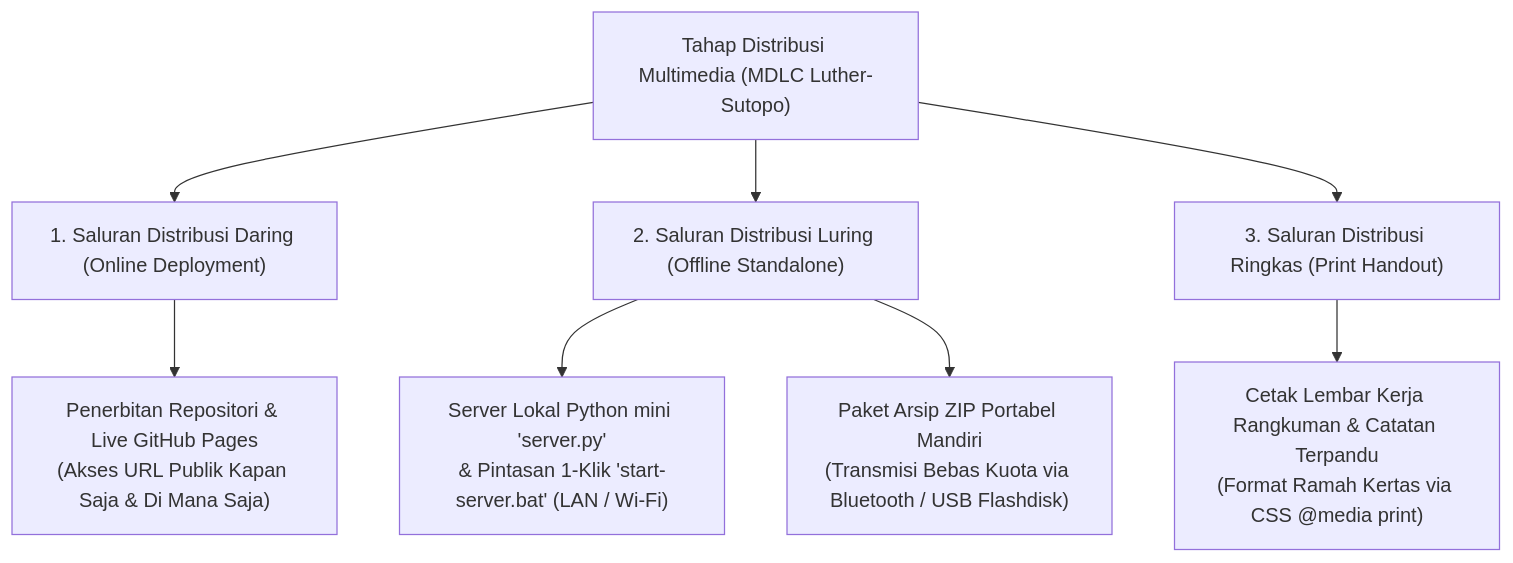
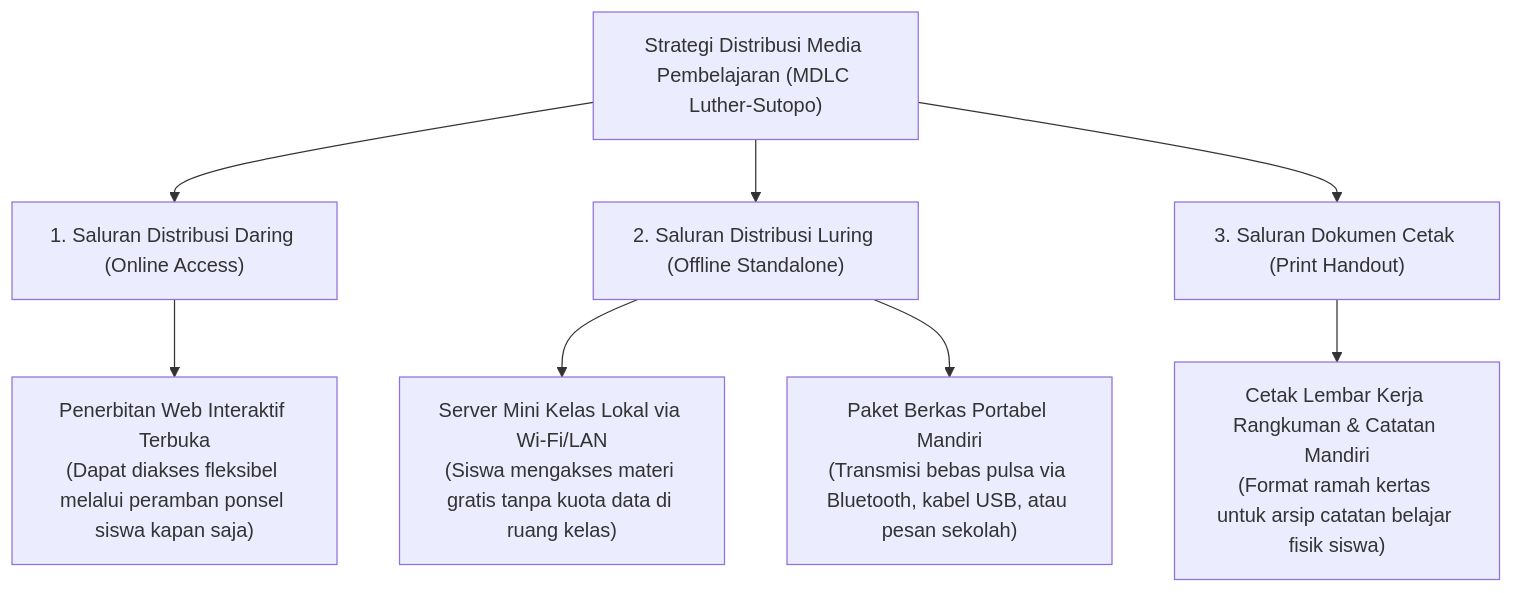
One commit to Nurun05/Website_multimedia-pembelajaran changed the fourth of 4 diagrams in LAPORAN_PENGEMBANGAN_MULTIMEDIA.md. Above: the diagram before and after it, drawn with Mermaid. The commit also changed other lines of this file and 2 other files, not shown here.

Commit message:
Update laporan pengembangan multimedia pembelajaran berbasis MDLC dan dokumen kelengkapan

````diff
--- a/LAPORAN_PENGEMBANGAN_MULTIMEDIA.md
+++ b/LAPORAN_PENGEMBANGAN_MULTIMEDIA.md
@@ -708,12 +628,12 @@
 ```mermaid
 flowchart TD
-    Dist["Tahap Distribusi Multimedia (MDLC Luther-Sutopo)"]
-    Dist --> Online["1. Saluran Distribusi Daring (Online Deployment)"]
+    Dist["Strategi Distribusi Media Pembelajaran (MDLC Luther-Sutopo)"]
+    Dist --> Online["1. Saluran Distribusi Daring (Online Access)"]
     Dist --> Offline["2. Saluran Distribusi Luring (Offline Standalone)"]
-    Dist --> Cetak["3. Saluran Distribusi Ringkas (Print Handout)"]
+    Dist --> Cetak["3. Saluran Dokumen Cetak (Print Handout)"]
     
-    Online --> GHP["Penerbitan Repositori & Live GitHub Pages<br>(Akses URL Publik Kapan Saja & Di Mana Saja)"]
-    Offline --> LocalPy["Server Lokal Python mini 'server.py'<br>& Pintasan 1-Klik 'start-server.bat' (LAN / Wi-Fi)"]
-    Offline --> PackZip["Paket Arsip ZIP Portabel Mandiri<br>(Transmisi Bebas Kuota via Bluetooth / USB Flashdisk)"]
-    Cetak --> PDFPrint["Cetak Lembar Kerja Rangkuman & Catatan Terpandu<br>(Format Ramah Kertas via CSS @media print)"]
+    Online --> WebLive["Penerbitan Web Interaktif Terbuka<br>(Dapat diakses fleksibel melalui peramban ponsel siswa kapan saja)"]
+    Offline --> LocalServer["Server Mini Kelas Lokal via Wi-Fi/LAN<br>(Siswa mengakses materi gratis tanpa kuota data di ruang kelas)"]
+    Offline --> PortableZip["Paket Berkas Portabel Mandiri<br>(Transmisi bebas pulsa via Bluetooth, kabel USB, atau pesan sekolah)"]
+    Cetak --> PrintSummary["Cetak Lembar Kerja Rangkuman & Catatan Mandiri<br>(Format ramah kertas untuk arsip catatan belajar fisik siswa)"]
 ```
````
